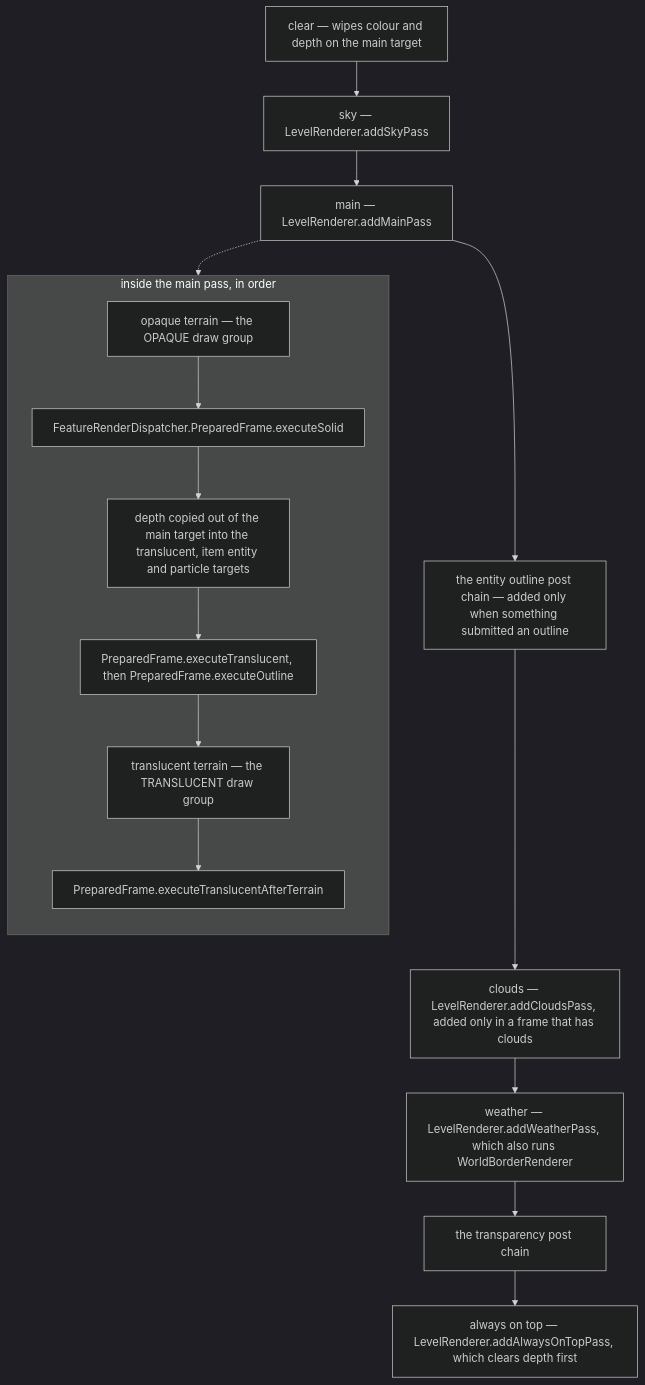
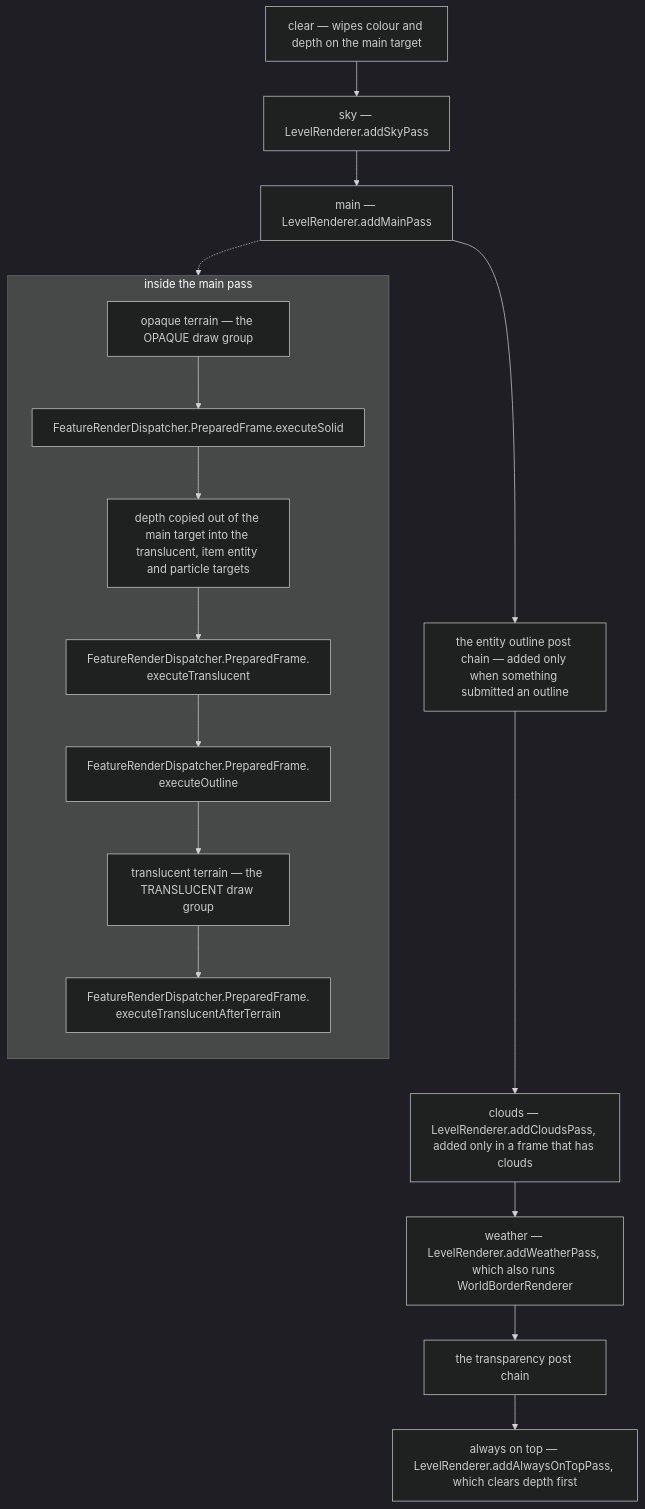
The second of 2 diagrams in src/systems/rendering/visibility-and-the-frame-graph.md (AlexanderjFraser/MinecraftDocs), drawn with Mermaid (dark theme) before and after one commit. The commit also changed 55 other files, not shown here.

First line of the commit message:
pass 7, session O — the close, before K: the figure gate strict, the landing figures read as one set, and one strike in thirty not borne out

````diff
--- a/src/systems/rendering/visibility-and-the-frame-graph.md
+++ b/src/systems/rendering/visibility-and-the-frame-graph.md
@@ -198,23 +198,24 @@
 ```mermaid
 flowchart TD
     CLEAR["clear — wipes colour and depth on the main target"]
     SKY["sky — LevelRenderer.addSkyPass"]
     MAIN["main — LevelRenderer.addMainPass"]
     OUT["the entity outline post chain — added only when something submitted an outline"]
     CLOUDS["clouds — LevelRenderer.addCloudsPass, added only in a frame that has clouds"]
     WEATHER["weather — LevelRenderer.addWeatherPass, which also runs WorldBorderRenderer"]
     TRANS["the transparency post chain"]
     TOP["always on top — LevelRenderer.addAlwaysOnTopPass, which clears depth first"]
     CLEAR --> SKY --> MAIN --> OUT --> CLOUDS --> WEATHER --> TRANS --> TOP
-    subgraph INSIDE ["inside the main pass, in order"]
+    subgraph INSIDE ["inside the main pass"]
         direction TB
         T1["opaque terrain — the OPAQUE draw group"]
         T2["FeatureRenderDispatcher.PreparedFrame.executeSolid"]
         T3["depth copied out of the main target into the translucent, item entity and particle targets"]
-        T4["PreparedFrame.executeTranslucent, then PreparedFrame.executeOutline"]
+        T4["FeatureRenderDispatcher.PreparedFrame.<br/>executeTranslucent"]
+        T4b["FeatureRenderDispatcher.PreparedFrame.<br/>executeOutline"]
         T5["translucent terrain — the TRANSLUCENT draw group"]
-        T6["PreparedFrame.executeTranslucentAfterTerrain"]
-        T1 --> T2 --> T3 --> T4 --> T5 --> T6
+        T6["FeatureRenderDispatcher.PreparedFrame.<br/>executeTranslucentAfterTerrain"]
+        T1 --> T2 --> T3 --> T4 --> T4b --> T5 --> T6
     end
     MAIN -.-> INSIDE
 ```
````
